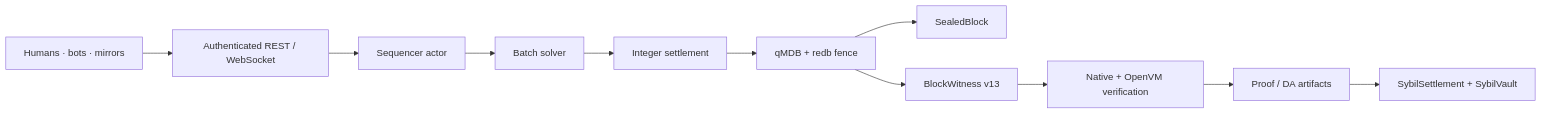
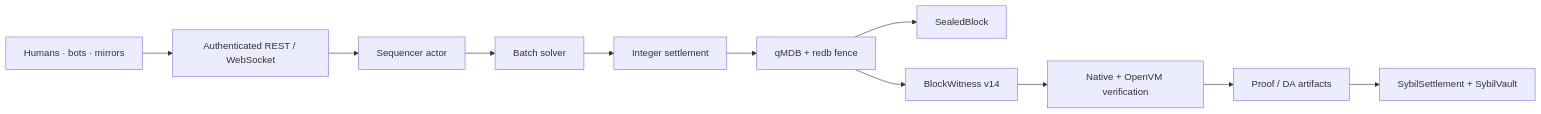
The first of 2 diagrams in docs/SPEC.md (MetaB0y/sybil), drawn with Mermaid before and after one commit. The commit also changed other lines of this file and 73 other files, not shown here.

````diff
--- a/docs/SPEC.md
+++ b/docs/SPEC.md
@@ -21,13 +21,13 @@
 ```mermaid
 flowchart LR
     CLIENT["Humans · bots · mirrors"] --> API["Authenticated REST / WebSocket"]
     API --> SEQ["Sequencer actor"]
     SEQ --> SOLVE["Batch solver"]
     SOLVE --> SETTLE["Integer settlement"]
     SETTLE --> STORE["qMDB + redb fence"]
     STORE --> BLOCK["SealedBlock"]
-    STORE --> WIT["BlockWitness v13"]
+    STORE --> WIT["BlockWitness v14"]
     WIT --> VERIFY["Native + OpenVM verification"]
     VERIFY --> PROVER["Proof / DA artifacts"]
     PROVER --> L1["SybilSettlement + SybilVault"]
 ```
````
